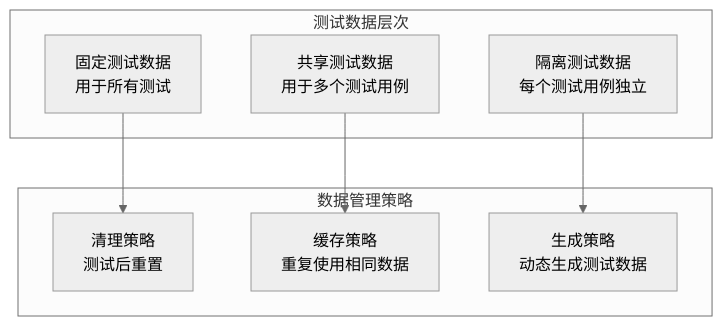
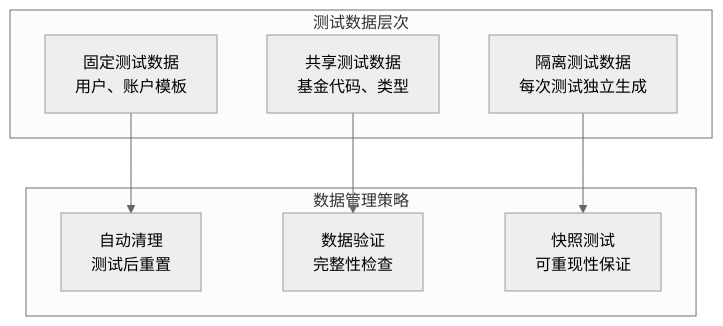
Diagram 11 of 14 in .qoder/repowiki/zh/content/测试策略.md (gree-coder/fund-butler), drawn with Mermaid (neutral theme) before and after one commit. The commit also changed other lines of this file and 5 other files, not shown here.

````diff
--- a/.qoder/repowiki/zh/content/测试策略.md
+++ b/.qoder/repowiki/zh/content/测试策略.md
@@ -277,16 +515,16 @@
 ```mermaid
 graph TB
 subgraph "测试数据层次"
-FIX[固定测试数据<br/>用于所有测试]
-SHARED[共享测试数据<br/>用于多个测试用例]
-ISOLATED[隔离测试数据<br/>每个测试用例独立]
+FIXED[固定测试数据<br/>用户、账户模板]
+SHARED[共享测试数据<br/>基金代码、类型]
+ISOLATED[隔离测试数据<br/>每次测试独立生成]
 end
 subgraph "数据管理策略"
-CLEAN[清理策略<br/>测试后重置]
-CACHE[缓存策略<br/>重复使用相同数据]
-GENERATE[生成策略<br/>动态生成测试数据]
+CLEANUP[自动清理<br/>测试后重置]
+VALIDATION[数据验证<br/>完整性检查]
+SNAPSHOT[快照测试<br/>可重现性保证]
 end
-FIX --> CLEAN
-SHARED --> CACHE
-ISOLATED --> GENERATE
+FIXED --> CLEANUP
+SHARED --> VALIDATION
+ISOLATED --> SNAPSHOT
 ```
````
